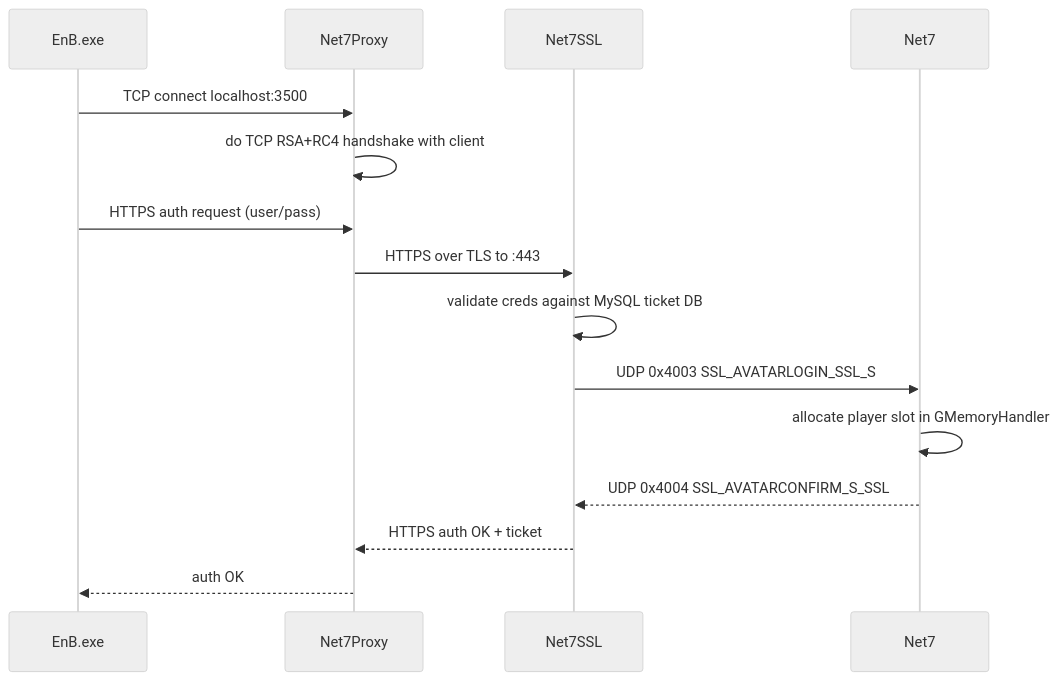
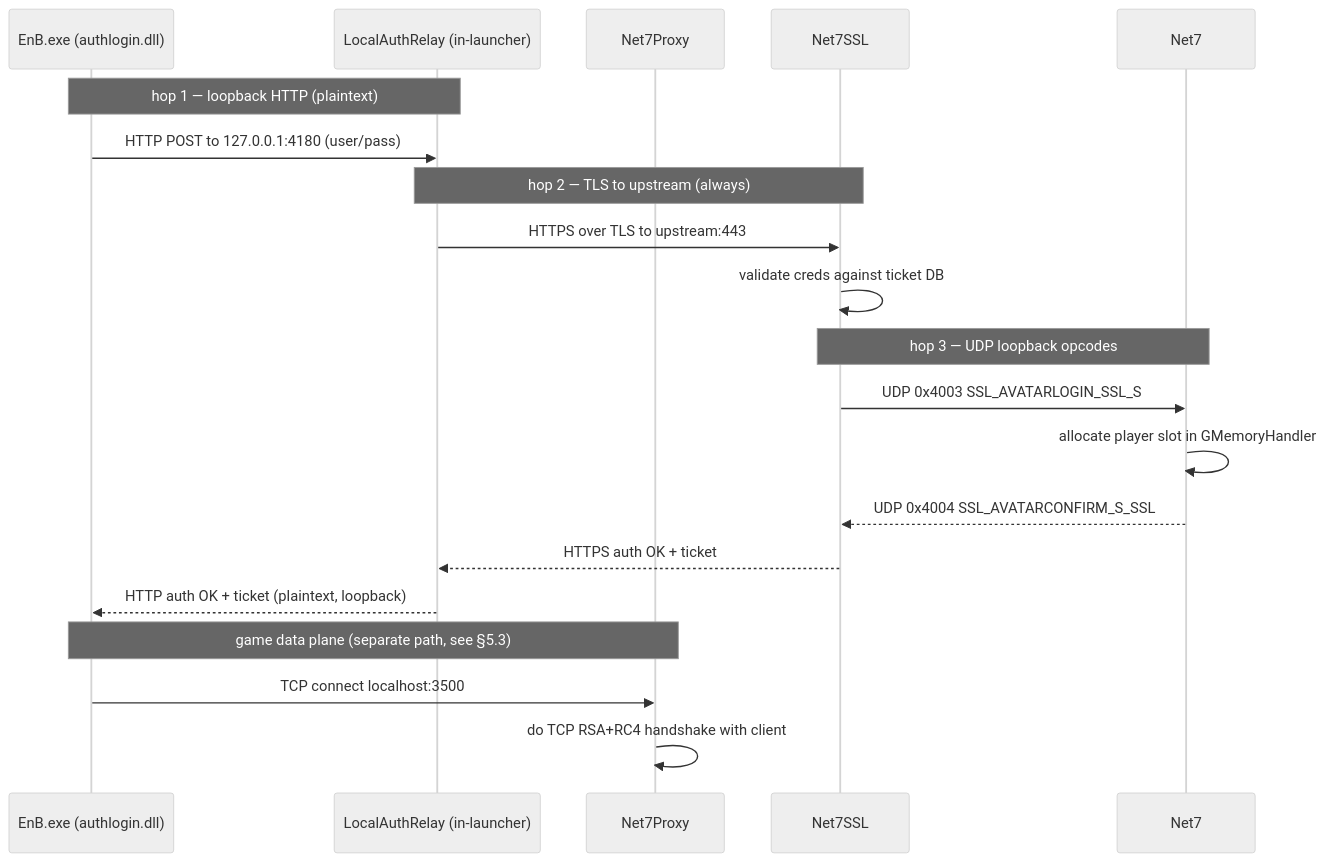
The first of 3 diagrams in docs/03-network-protocol.md (sigseg1v/enb-emulator), drawn with Mermaid (neutral theme) before and after one commit. The commit also changed other lines of this file and 13 other files, not shown here.

````diff
--- a/docs/03-network-protocol.md
+++ b/docs/03-network-protocol.md
@@ -235,18 +355,23 @@
 ```mermaid
 sequenceDiagram
-    participant Client as EnB.exe
+    participant Client as EnB.exe (authlogin.dll)
+    participant Relay as LocalAuthRelay (in-launcher)
     participant Proxy as Net7Proxy
     participant SSL as Net7SSL
     participant Net7 as Net7
 
-    Client->>Proxy: TCP connect localhost:3500
-    Proxy->>Proxy: do TCP RSA+RC4 handshake with client
-    Client->>Proxy: HTTPS auth request (user/pass)
-    Proxy->>SSL: HTTPS over TLS to :443
-    SSL->>SSL: validate creds against MySQL ticket DB
+    Note over Client,Relay: hop 1 — loopback HTTP (plaintext)
+    Client->>Relay: HTTP POST to 127.0.0.1:4180 (user/pass)
+    Note over Relay,SSL: hop 2 — TLS to upstream (always)
+    Relay->>SSL: HTTPS over TLS to upstream:443
+    SSL->>SSL: validate creds against ticket DB
+    Note over SSL,Net7: hop 3 — UDP loopback opcodes
     SSL->>Net7: UDP 0x4003 SSL_AVATARLOGIN_SSL_S
     Net7->>Net7: allocate player slot in GMemoryHandler
     Net7-->>SSL: UDP 0x4004 SSL_AVATARCONFIRM_S_SSL
-    SSL-->>Proxy: HTTPS auth OK + ticket
-    Proxy-->>Client: auth OK
+    SSL-->>Relay: HTTPS auth OK + ticket
+    Relay-->>Client: HTTP auth OK + ticket (plaintext, loopback)
+    Note over Client,Proxy: game data plane (separate path, see §5.3)
+    Client->>Proxy: TCP connect localhost:3500
+    Proxy->>Proxy: do TCP RSA+RC4 handshake with client
 ```
````
